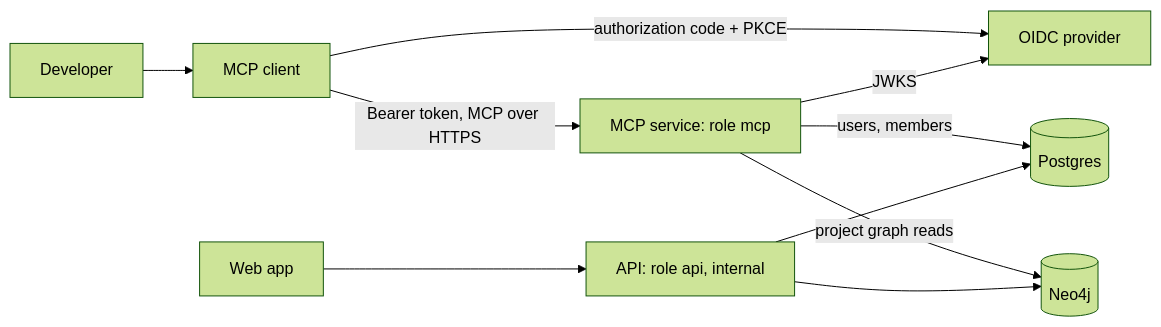
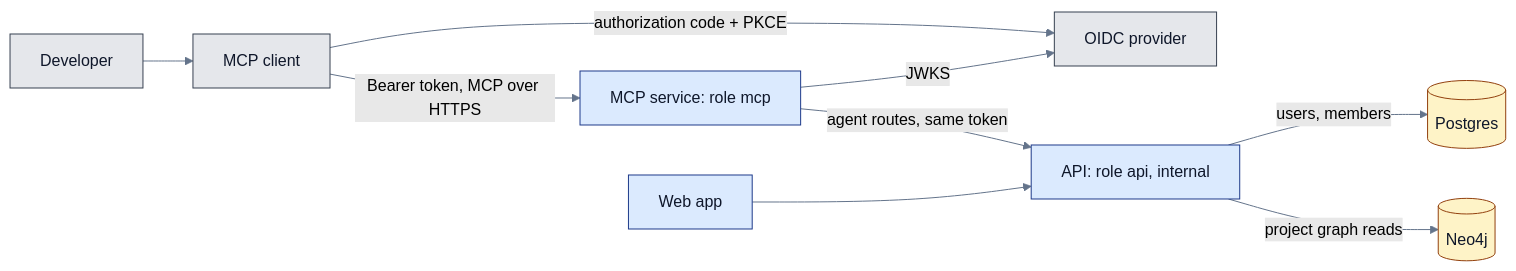
The diagram in docs/mcp-server/overview.md (griddynamics/specflow), drawn with Mermaid (forest theme) before and after one commit. The commit also changed other lines of this file and 130 other files, not shown here.

First line of the commit message:
feat(mcp): run the MCP server as an agent router over the API, with slim per-role images (#99)

````diff
--- a/docs/mcp-server/overview.md
+++ b/docs/mcp-server/overview.md
@@ -63,12 +64,18 @@
 ```mermaid
 flowchart LR
     dev[Developer] --> cc[MCP client]
     cc -- "authorization code + PKCE" --> idp[OIDC provider]
     cc -- "Bearer token, MCP over HTTPS" --> mcp[MCP service: role mcp]
     mcp -- "JWKS" --> idp
-    mcp -- "users, members" --> pg[(Postgres)]
-    mcp -- "project graph reads" --> neo[(Neo4j)]
-    web[Web app] --> api[API: role api, internal]
-    api --> pg
-    api --> neo
+    mcp -- "agent routes, same token" --> api[API: role api, internal]
+    web[Web app] --> api
+    api -- "users, members" --> pg[(Postgres)]
+    api -- "project graph reads" --> neo[(Neo4j)]
+    classDef svc fill:#dbeafe,stroke:#1e3a8a,color:#0f172a
+    classDef store fill:#fef3c7,stroke:#92400e,color:#0f172a
+    classDef ext fill:#e5e7eb,stroke:#374151,color:#0f172a
+    class mcp,api,web svc
+    class pg,neo store
+    class dev,cc,idp ext
+    linkStyle default stroke:#64748b
 ```
````
